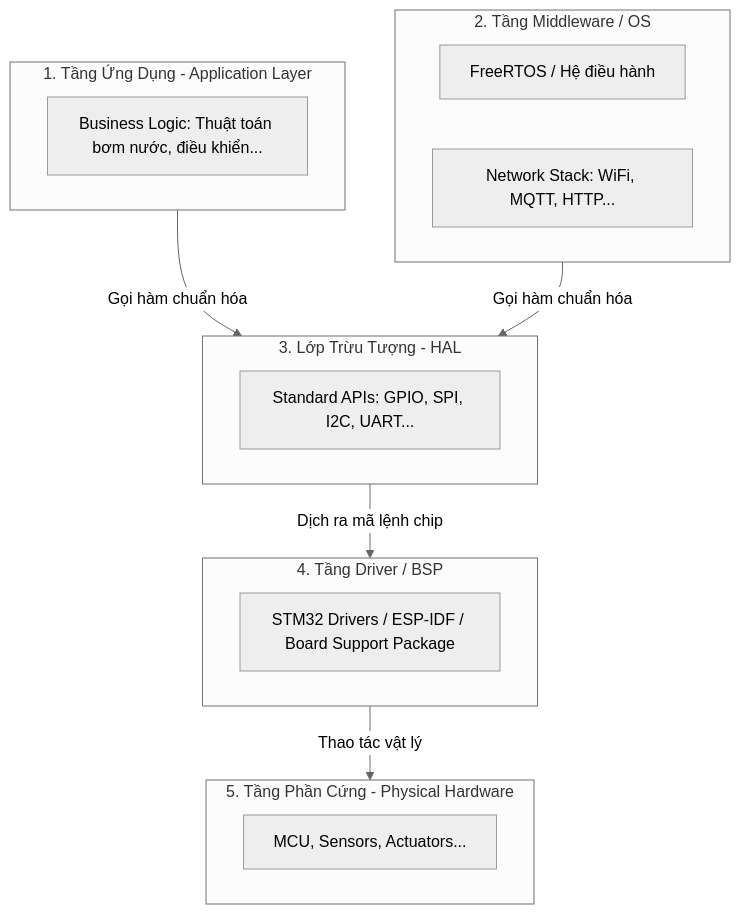
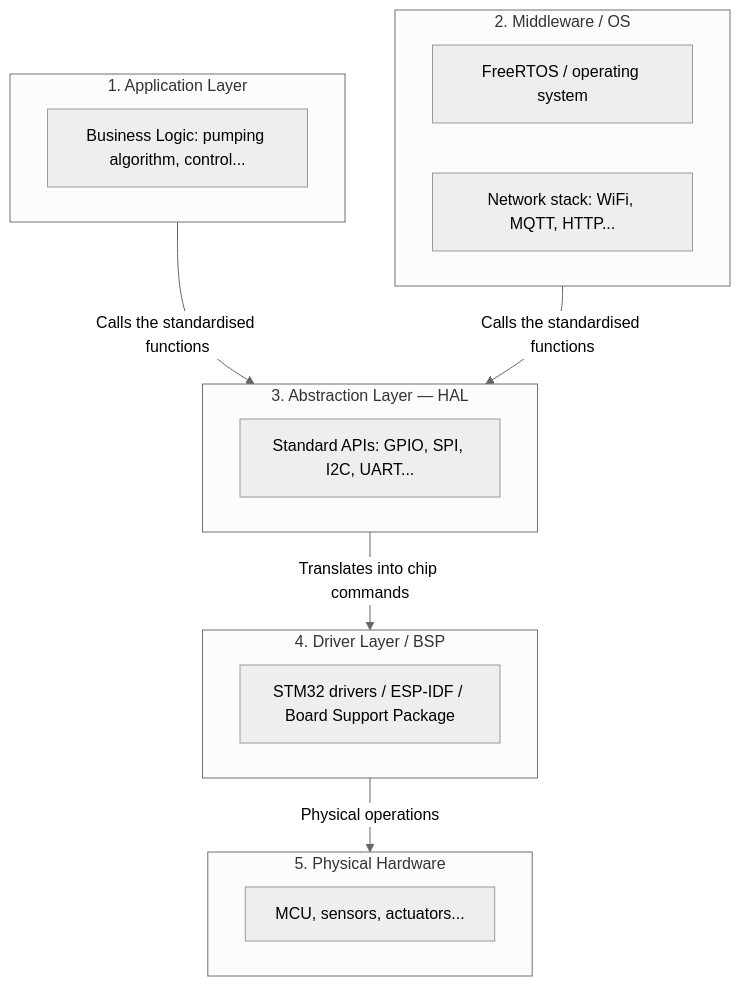
Before and after one commit to NguyenPhan161206/reaserching-diary: the diagram in iot_aiot/03-hardware-abstraction-layer-hal.md, drawn with Mermaid (neutral theme). The commit also changed other lines of this file and 24 other files, not shown here.

````diff
--- a/iot_aiot/03-hardware-abstraction-layer-hal.md
+++ b/iot_aiot/03-hardware-abstraction-layer-hal.md
@@ -23,28 +23,28 @@
 ```mermaid
 flowchart TD
-    subgraph AppLayer [1. Tầng Ứng Dụng - Application Layer]
-        A[Business Logic: Thuật toán bơm nước, điều khiển...]
+    subgraph AppLayer [1. Application Layer]
+        A[Business Logic: pumping algorithm, control...]
     end
 
-    subgraph Middleware [2. Tầng Middleware / OS]
-        B[FreeRTOS / Hệ điều hành]
-        C[Network Stack: WiFi, MQTT, HTTP...]
+    subgraph Middleware [2. Middleware / OS]
+        B[FreeRTOS / operating system]
+        C[Network stack: WiFi, MQTT, HTTP...]
     end
 
-    subgraph HAL_Layer [3. Lớp Trừu Tượng - HAL]
+    subgraph HAL_Layer [3. Abstraction Layer — HAL]
         D[Standard APIs: GPIO, SPI, I2C, UART...]
     end
 
-    subgraph Drivers [4. Tầng Driver / BSP]
-        E[STM32 Drivers / ESP-IDF / Board Support Package]
+    subgraph Drivers [4. Driver Layer / BSP]
+        E[STM32 drivers / ESP-IDF / Board Support Package]
     end
 
-    subgraph Hardware [5. Tầng Phần Cứng - Physical Hardware]
-        F[MCU, Sensors, Actuators...]
+    subgraph Hardware [5. Physical Hardware]
+        F[MCU, sensors, actuators...]
     end
 
-    AppLayer -->|Gọi hàm chuẩn hóa| HAL_Layer
-    Middleware -->|Gọi hàm chuẩn hóa| HAL_Layer
-    HAL_Layer -->|Dịch ra mã lệnh chip| Drivers
-    Drivers -->|Thao tác vật lý| Hardware
+    AppLayer -->|Calls the standardised functions| HAL_Layer
+    Middleware -->|Calls the standardised functions| HAL_Layer
+    HAL_Layer -->|Translates into chip commands| Drivers
+    Drivers -->|Physical operations| Hardware
 ```
````
